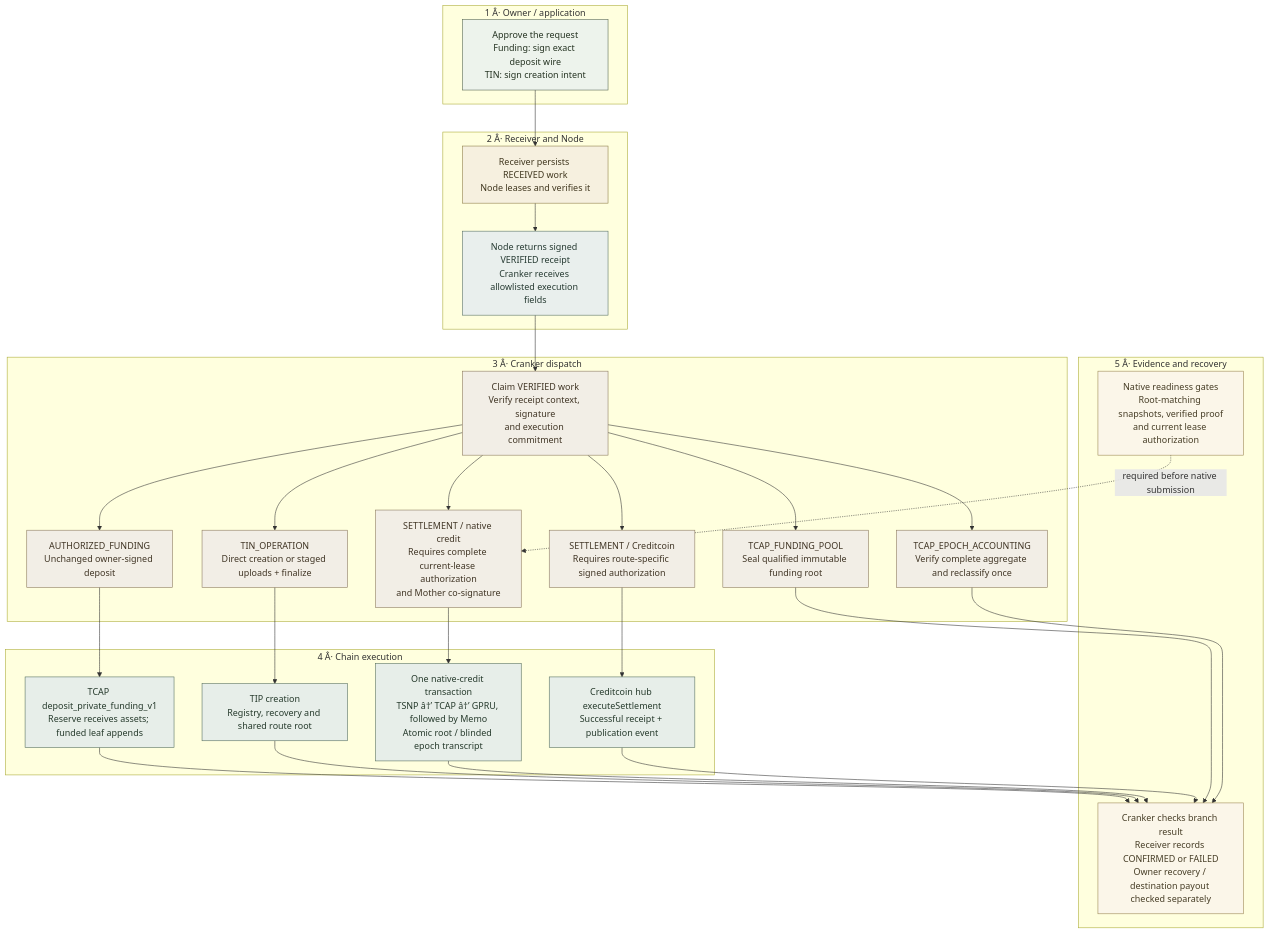
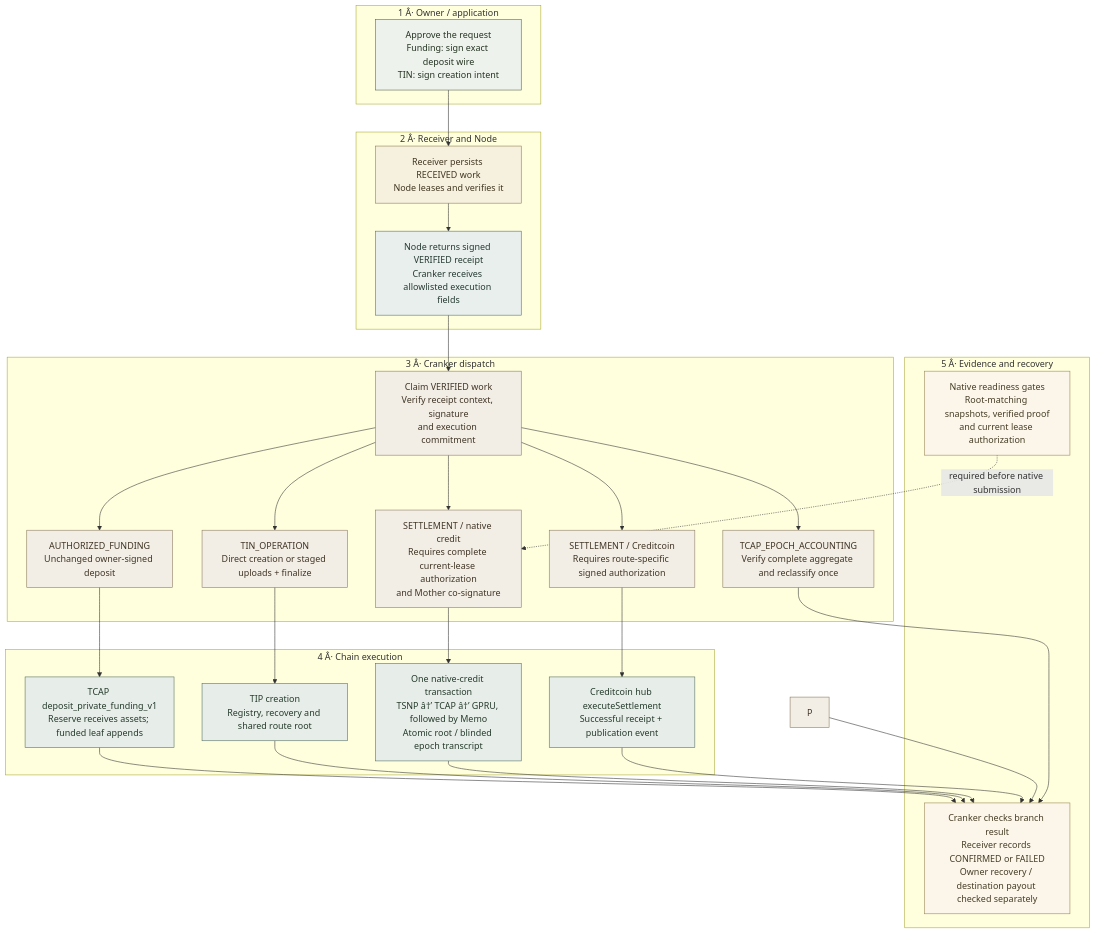
One commit to bigdreamsweb3/trustlink-pay changed the diagram in docs/laboratory/cranker-transaction-map.md. Above: the diagram before and after it, drawn with Mermaid. The commit also changed other lines of this file and 1509 other files, not shown here.

````diff
--- a/docs/laboratory/cranker-transaction-map.md
+++ b/docs/laboratory/cranker-transaction-map.md
@@ -11,57 +11,55 @@
 ```mermaid
 flowchart TB
   subgraph S1["1 Â· Owner / application"]
     A["Approve the request<br/>Funding: sign exact deposit wire<br/>TIN: sign creation intent"]
   end
   subgraph S2["2 Â· Receiver and Node"]
     R["Receiver persists RECEIVED work<br/>Node leases and verifies it"]
     N["Node returns signed VERIFIED receipt<br/>Cranker receives allowlisted execution fields"]
     R --> N
   end
   subgraph S3["3 Â· Cranker dispatch"]
     C["Claim VERIFIED work<br/>Verify receipt context, signature<br/>and execution commitment"]
     F["AUTHORIZED_FUNDING<br/>Unchanged owner-signed deposit"]
     I["TIN_OPERATION<br/>Direct creation or staged uploads + finalize"]
     H["SETTLEMENT / native credit<br/>Requires complete current-lease authorization<br/>and Mother co-signature"]
     E["SETTLEMENT / Creditcoin<br/>Requires route-specific signed authorization"]
     C --> F
     C --> I
     C --> H
-    P["TCAP_FUNDING_POOL<br/>Seal qualified immutable funding root"]
     Q["TCAP_EPOCH_ACCOUNTING<br/>Verify complete aggregate and reclassify once"]
     C --> E
-    C --> P
     C --> Q
   end
   subgraph S4["4 Â· Chain execution"]
     PF["TCAP deposit_private_funding_v1<br/>Reserve receives assets; funded leaf appends"]
     PI["TIP creation<br/>Registry, recovery and shared route root"]
     PH["One native-credit transaction<br/>TSNP â†’ TCAP â†’ GPRU, followed by Memo<br/>Atomic root / blinded epoch transcript"]
     PE["Creditcoin hub executeSettlement<br/>Successful receipt + publication event"]
   end
   subgraph S5["5 Â· Evidence and recovery"]
     O["Cranker checks branch result<br/>Receiver records CONFIRMED or FAILED<br/>Owner recovery / destination payout checked separately"]
     B["Native readiness gates<br/>Root-matching snapshots, verified proof<br/>and current lease authorization"]
   end
   A --> R
   N --> C
   F --> PF --> O
   I --> PI --> O
   H --> PH --> O
   E --> PE --> O
   P --> O
   Q --> O
   B -. "required before native submission" .-> H
   classDef device fill:#edf3ec,stroke:#52634f,color:#253322;
   classDef receiver fill:#f6f0df,stroke:#8c7a45,color:#40371f;
   classDef node fill:#e9efed,stroke:#536d63,color:#263a32;
   classDef submission fill:#f2eee6,stroke:#88765b,color:#403525;
   classDef program fill:#e7eee9,stroke:#536c5b,color:#263a2c;
   classDef evidence fill:#fbf6e9,stroke:#998451,color:#463d26;
   class A device;
   class R receiver;
   class N node;
   class C,F,I,H,E,P,Q submission;
   class PF,PI,PH,PE program;
   class O,B evidence;
 ```
````
